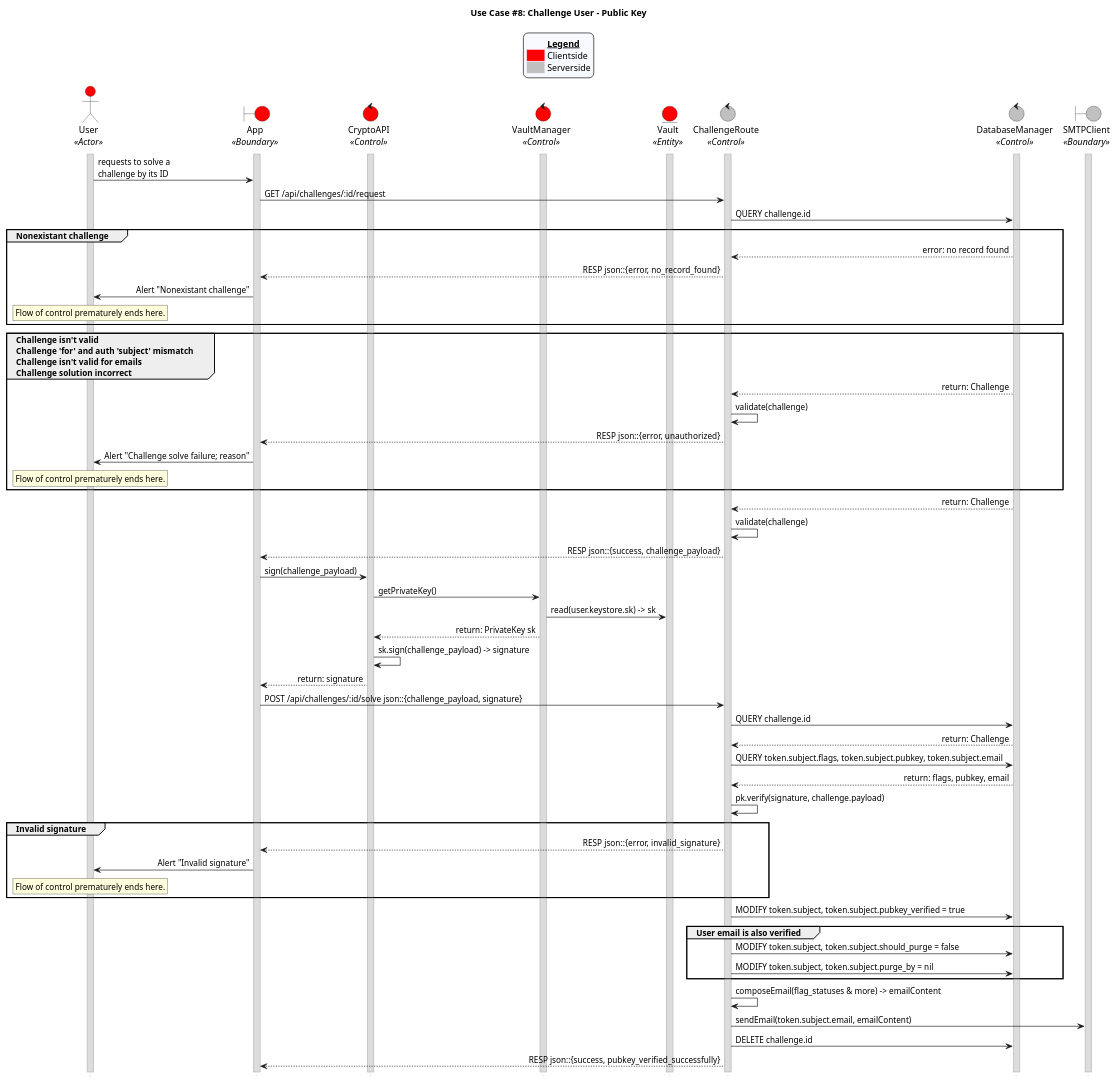
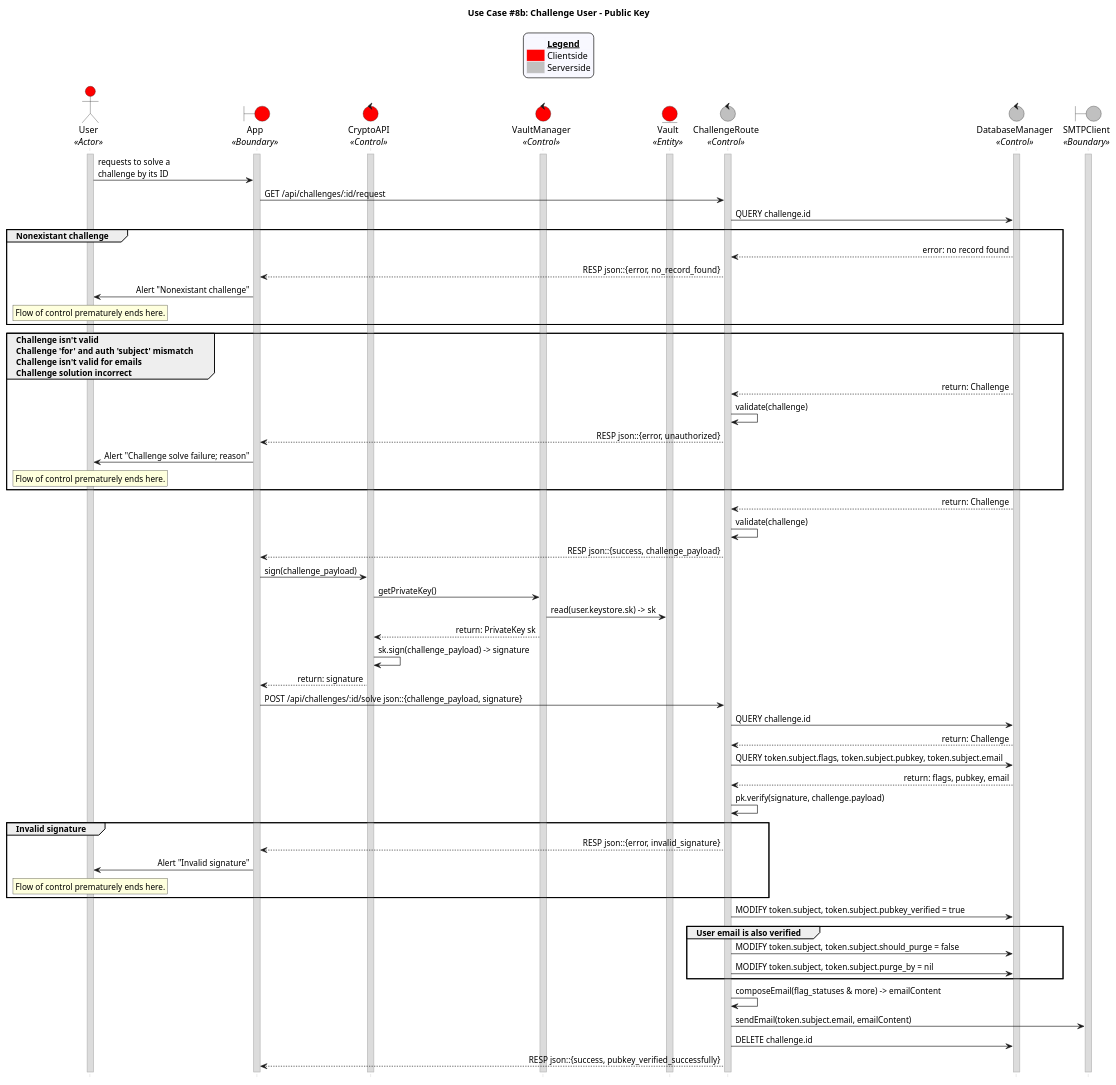
Before and after one commit to CECS-491-SP24-Group-1/seq-diagrams: the diagram in uc_08_pubkey.puml, drawn with PlantUML. The commit also changed 1 other file, not shown here.

Commit message:
Split up use case 8 into 2 use cases 8a and 8b

```diff
--- a/uc_08_pubkey.puml
+++ b/uc_08_pubkey.puml
@@ -1,133 +1,133 @@
-@startuml uc08_pubkey
-title "Use Case #8: Challenge User - Public Key"
+@startuml uc08b_pubkey
+title "Use Case #8b: Challenge User - Public Key"
 
 'Styling goes here
 hide footbox
 skinparam stereotypePosition bottom
 skinparam sequenceMessageAlign direction
 skinparam sequence {
 	LifeLineBorderColor #Silver
 	LifeLineBackgroundColor #Gainsboro
 }
 
 'Add a legend plus styling
 skinparam legend {
 	backgroundColor #GhostWhite
 	entrySeparator #GhostWhite
 }
 
 legend top
 	<#GhostWhite,#GhostWhite>|	|= __Legend__ |
 	|<#red> | Clientside|
 	|<#silver> | Serverside|
 endlegend
 
 'Setup the objects involved here
 actor User as u <<Actor>> #red
 boundary App as a <<Boundary>> #red
 control CryptoAPI as ca <<Control>> #red
 control VaultManager as vm <<Control>> #red
 entity Vault as v <<Entity>> #red
 control ChallengeRoute as cr <<Control>> #silver
 control DatabaseManager as db <<Control>> #silver
 boundary SMTPClient as sc <<Boundary>> #silver
 
 'Setup persistent objects here
 activate u
 activate a
 activate ca
 activate vm
 activate v
 activate cr
 activate db
 activate sc
 
 '--- FLOW OF CONTROL STARTS HERE ---
 'User submits a request to verify their public key.
 u -> a: requests to solve a \nchallenge by its ID
 
 'App requests the challenge from the server by its ID.
 a -> cr: GET /api/challenges/:id/request
 
 'Server checks if the challenge is valid
 cr -> db: QUERY challenge.id
 
 'Case 1: The challenge doesn't exist
 group Nonexistant challenge
 	db --> cr: error: no record found
 	cr --> a: RESP json::{error, no_record_found}
 	a -> u: Alert "Nonexistant challenge"
 	rnote over u
 	Flow of control prematurely ends here.
 	endrnote
 end
 
 'Case 2: The challenge is invalid, not for this user, not email challenge, or the solution is incorrect.
 group Challenge isn't valid \nChallenge 'for' and auth 'subject' mismatch \nChallenge isn't valid for emails \nChallenge solution incorrect
 	db --> cr: return: Challenge
 	cr -> cr: validate(challenge)
 	cr --> a: RESP json::{error, unauthorized}
 	a -> u: Alert "Challenge solve failure; reason"
 	rnote over u
 	Flow of control prematurely ends here.
 	endrnote
 end
 
 'Default case: challenge exists and is valid.
 db --> cr: return: Challenge
 cr -> cr: validate(challenge)
 
 'Server sends the challenge payload to the user.
 cr --> a: RESP json::{success, challenge_payload}
 
 'The app signs the challenge payload with the user's private key.
 a -> ca: sign(challenge_payload)
 ca -> vm: getPrivateKey()
 vm -> v: read(user.keystore.sk) -> sk
 vm --> ca: return: PrivateKey sk
 ca -> ca: sk.sign(challenge_payload) -> signature
 ca --> a: return: signature
 
 'The app sends the signature to the server.
 a -> cr: POST /api/challenges/:id/solve json::{challenge_payload, signature}
 
 'The server queries the database for the challenge info
 cr -> db: QUERY challenge.id
 db --> cr: return: Challenge
 
 'The server queries the database for the user flags public key, and email.
 cr -> db: QUERY token.subject.flags, token.subject.pubkey, token.subject.email
 db --> cr: return: flags, pubkey, email
 
 'The server verifies the signature against the known public key.
 cr -> cr: pk.verify(signature, challenge.payload)
 
 'Case 1: The signature is invalid.
 group Invalid signature
 	cr --> a: RESP json::{error, invalid_signature}
 	a -> u: Alert "Invalid signature"
 	rnote over u
 	Flow of control prematurely ends here.
 	endrnote
 end
 
 'Default case: the verification succeeds. 
 'Mark the user's public key as verified
 cr -> db: MODIFY token.subject, token.subject.pubkey_verified = true
 
 'Also unmark the user's account for deletion if the email is verified.
 group User email is also verified
 	cr -> db: MODIFY token.subject, token.subject.should_purge = false
 	cr -> db: MODIFY token.subject, token.subject.purge_by = nil
 end
 
 'Email the user to inform of successful challenge completion and next steps.
 cr -> cr: composeEmail(flag_statuses & more) -> emailContent
 cr -> sc: sendEmail(token.subject.email, emailContent)
 
 'Cleanup and return the feedback to the user
 cr -> db: DELETE challenge.id
 cr --> a: RESP json::{success, pubkey_verified_successfully}
 '--- FLOW OF CONTROL ENDS HERE   ---
 
 @enduml
```
